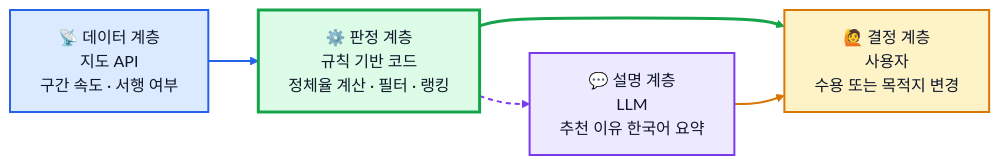
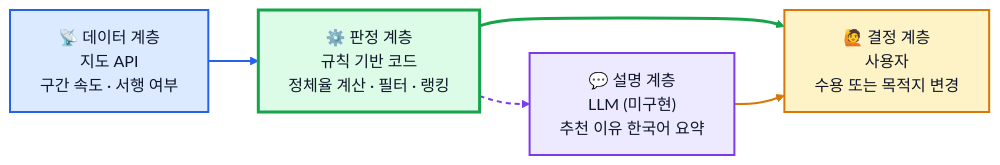
Before and after one commit to rome777/aiffel_test: the third of 11 diagrams in README.md, drawn with Mermaid (base theme). The commit also changed other lines of this file, not shown here.

````diff
--- a/README.md
+++ b/README.md
@@ -189,22 +192,22 @@
 ```mermaid
 graph LR
     D["📡 데이터 계층<br/>지도 API<br/>구간 속도 · 서행 여부"] --> J["⚙️ 판정 계층<br/>규칙 기반 코드<br/>정체율 계산 · 필터 · 랭킹"]
-    J --> L["💬 설명 계층<br/>LLM<br/>추천 이유 한국어 요약"]
+    J --> L["💬 설명 계층<br/>LLM (미구현)<br/>추천 이유 한국어 요약"]
     J --> U["🙋 결정 계층<br/>사용자<br/>수용 또는 목적지 변경"]
     L --> U
 
     classDef data fill:#dbeafe,stroke:#2563eb,stroke-width:2px,color:#0f172a
     classDef judge fill:#dcfce7,stroke:#16a34a,stroke-width:3px,color:#0f172a
     classDef llm fill:#ede9fe,stroke:#7c3aed,stroke-width:2px,color:#0f172a
     classDef user fill:#fef3c7,stroke:#d97706,stroke-width:2px,color:#0f172a
 
     class D data
     class J judge
     class L llm
     class U user
 
     linkStyle 0 stroke:#2563eb,stroke-width:2px
     linkStyle 1 stroke:#7c3aed,stroke-width:2px,stroke-dasharray:5 4
     linkStyle 2 stroke:#16a34a,stroke-width:3px
     linkStyle 3 stroke:#d97706,stroke-width:2px
 ```
````
